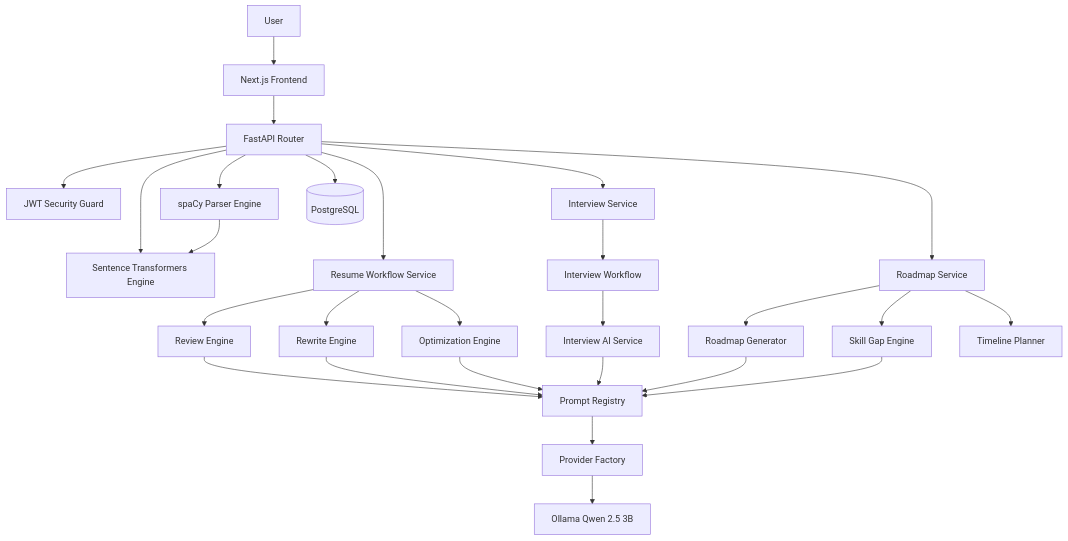
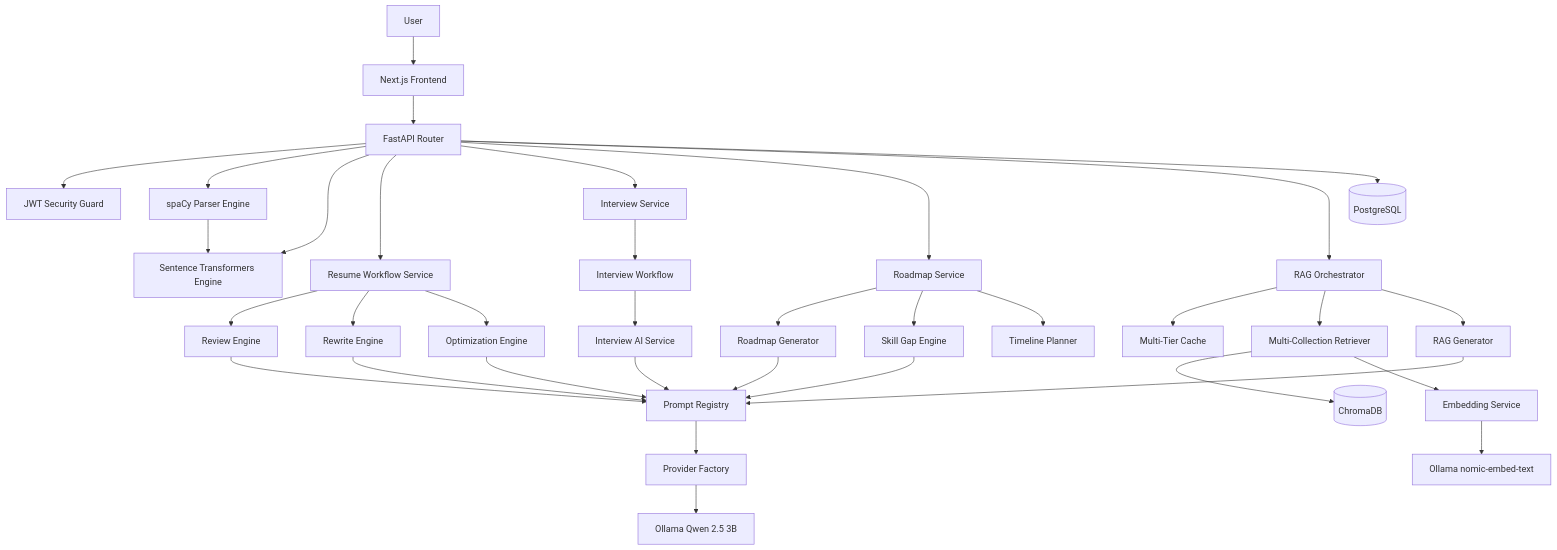
The diagram in README.md (Dipakk7/Scorelia), drawn with Mermaid before and after one commit. The commit also changed other lines of this file and 105 other files, not shown here.

````diff
--- a/README.md
+++ b/README.md
@@ -57,37 +59,48 @@
 ```mermaid
 graph TD
     User[User] --> Frontend[Next.js Frontend]
     Frontend --> API[FastAPI Router]
 
     API --> Auth[JWT Security Guard]
     API --> Parser[spaCy Parser Engine]
     API --> Embedding[Sentence Transformers Engine]
     API --> Workflow[Resume Workflow Service]
     API --> Interview[Interview Service]
     API --> Roadmap[Roadmap Service]
+    API --> RAGOrch[RAG Orchestrator]
 
     Parser --> Embedding
 
     Workflow --> Review[Review Engine]
     Workflow --> Rewrite[Rewrite Engine]
     Workflow --> Optimize[Optimization Engine]
 
     Review --> Registry[Prompt Registry]
     Rewrite --> Registry
     Optimize --> Registry
 
     Interview --> InterviewWorkflow[Interview Workflow]
     InterviewWorkflow --> InterviewAI[Interview AI Service]
     InterviewAI --> Registry
 
     Roadmap --> RoadmapGen[Roadmap Generator]
     Roadmap --> SkillGap[Skill Gap Engine]
     Roadmap --> Timeline[Timeline Planner]
     RoadmapGen --> Registry
     SkillGap --> Registry
 
+    RAGOrch --> RAGCache[Multi-Tier Cache]
+    RAGOrch --> RAGRetriever[Multi-Collection Retriever]
+    RAGOrch --> RAGGen[RAG Generator]
+
+    RAGRetriever --> Chroma[(ChromaDB)]
+    RAGRetriever --> EmbedService[Embedding Service]
+    EmbedService --> OllamaEmbed[Ollama nomic-embed-text]
+
+    RAGGen --> Registry
+
     Registry --> Factory[Provider Factory]
     Factory --> Ollama[Ollama Qwen 2.5 3B]
 
     API --> DB[(PostgreSQL)]
 ```
````
